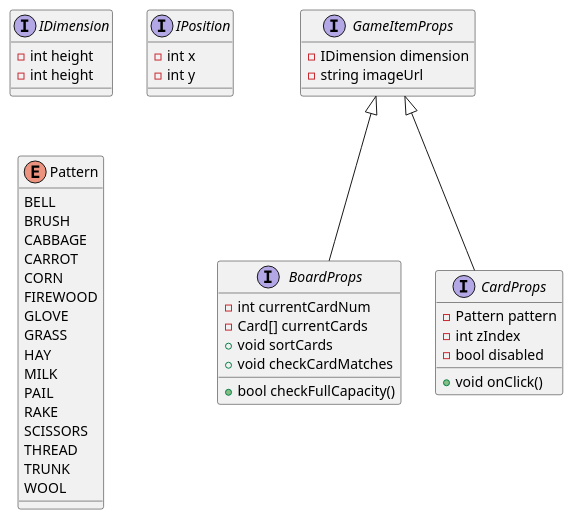
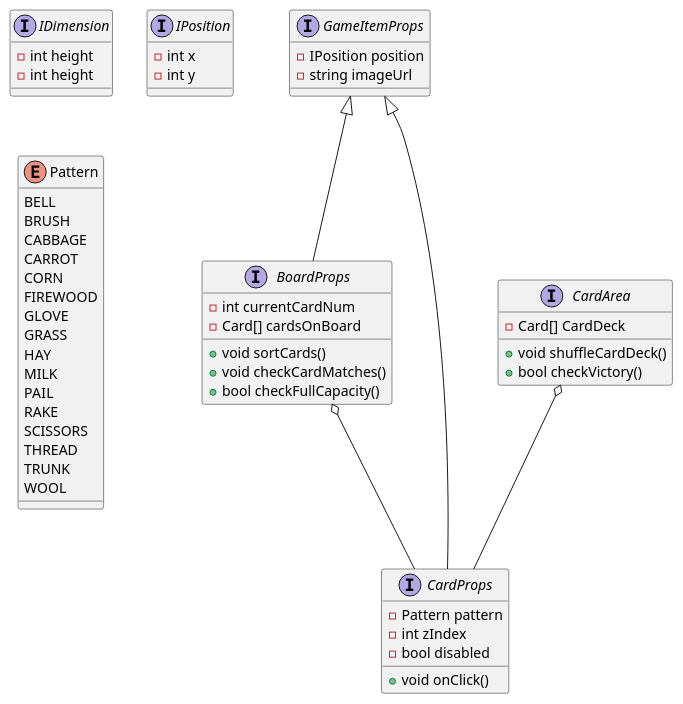
The diagram in src/doc/class.puml (kayuchin/cat-and-a-cat), drawn with PlantUML before and after one commit. The commit also changed 8 other files, not shown here.

```diff
--- a/src/doc/class.puml
+++ b/src/doc/class.puml
@@ -1,53 +1,62 @@
 @startuml "Class Diagram"
 GameItemProps <|-- BoardProps
 GameItemProps <|-- CardProps
 
+CardArea o-- CardProps
+BoardProps o-- CardProps
+
+interface CardArea {
+    - Card[] CardDeck
+    + void shuffleCardDeck()
+    + bool checkVictory()
+}
+
 interface GameItemProps {
-    - IDimension dimension
+    - IPosition position
     - string imageUrl
 }
 
 interface BoardProps {
     - int currentCardNum
-    - Card[] currentCards
-    + void sortCards
-    + void checkCardMatches
+    - Card[] cardsOnBoard
+    + void sortCards()
+    + void checkCardMatches()
     + bool checkFullCapacity()
 }
 
 interface CardProps {
     - Pattern pattern
     - int zIndex 
     - bool disabled
     + void onClick()
 }
 
 interface IDimension {
     - int height
     - int height
 }
 
 interface IPosition {
     - int x
     - int y
 }
 
 enum Pattern {
     BELL
     BRUSH
     CABBAGE
     CARROT
     CORN
     FIREWOOD
     GLOVE
     GRASS
     HAY
     MILK
     PAIL
     RAKE
     SCISSORS
     THREAD
     TRUNK
     WOOL
 }
 @enduml
```
